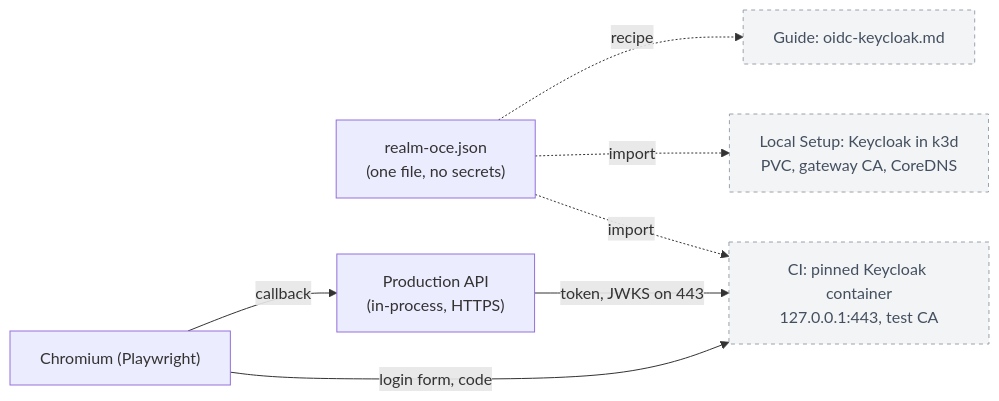
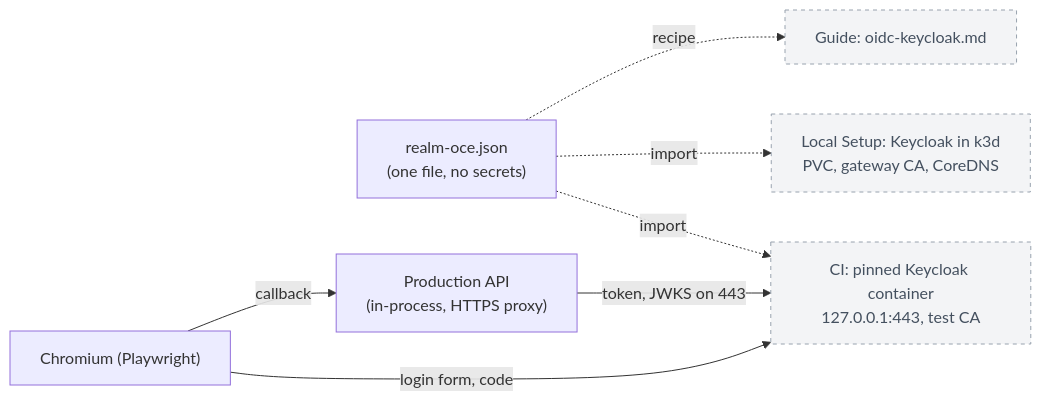
The diagram in specs/rfcs/0059-keycloak-oidc-verification.md (SebTardif/openclaw-enterprise), drawn with Mermaid before and after one commit. The commit also changed other lines of this file, not shown here.

````diff
--- a/specs/rfcs/0059-keycloak-oidc-verification.md
+++ b/specs/rfcs/0059-keycloak-oidc-verification.md
@@ -192,12 +205,12 @@
 ```mermaid
 flowchart LR
   Realm["realm-oce.json<br/>(one file, no secrets)"]
   Realm -.->|import| KC_CI["CI: pinned Keycloak container<br/>127.0.0.1:443, test CA"]
   Realm -.->|import| KC_DEV["Local Setup: Keycloak in k3d<br/>PVC, gateway CA, CoreDNS"]
   Realm -.->|recipe| Guide["Guide: oidc-keycloak.md"]
   Browser["Chromium (Playwright)"] -->|login form, code| KC_CI
-  API["Production API<br/>(in-process, HTTPS)"] -->|token, JWKS on 443| KC_CI
+  API["Production API<br/>(in-process, HTTPS proxy)"] -->|token, JWKS on 443| KC_CI
   Browser -->|callback| API
   classDef pending fill:#F3F4F6,stroke:#98A2AE,color:#44505F,stroke-dasharray:4 4
   class KC_CI,KC_DEV,Guide pending
 ```
````
